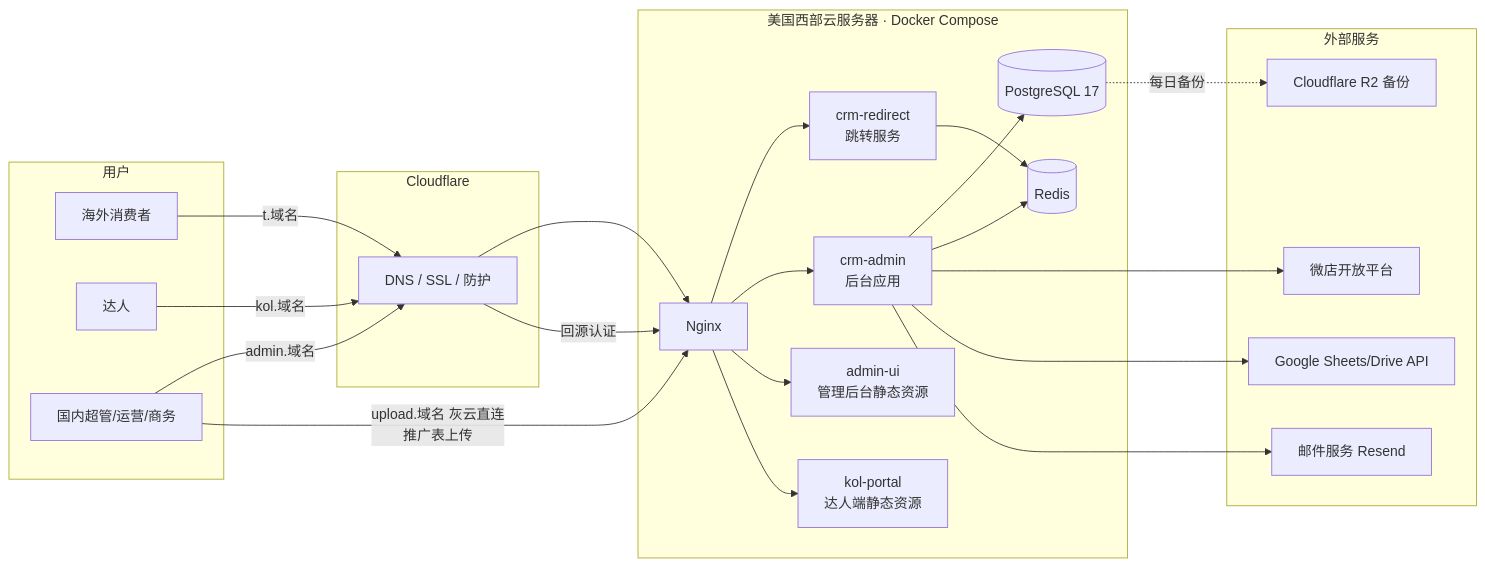
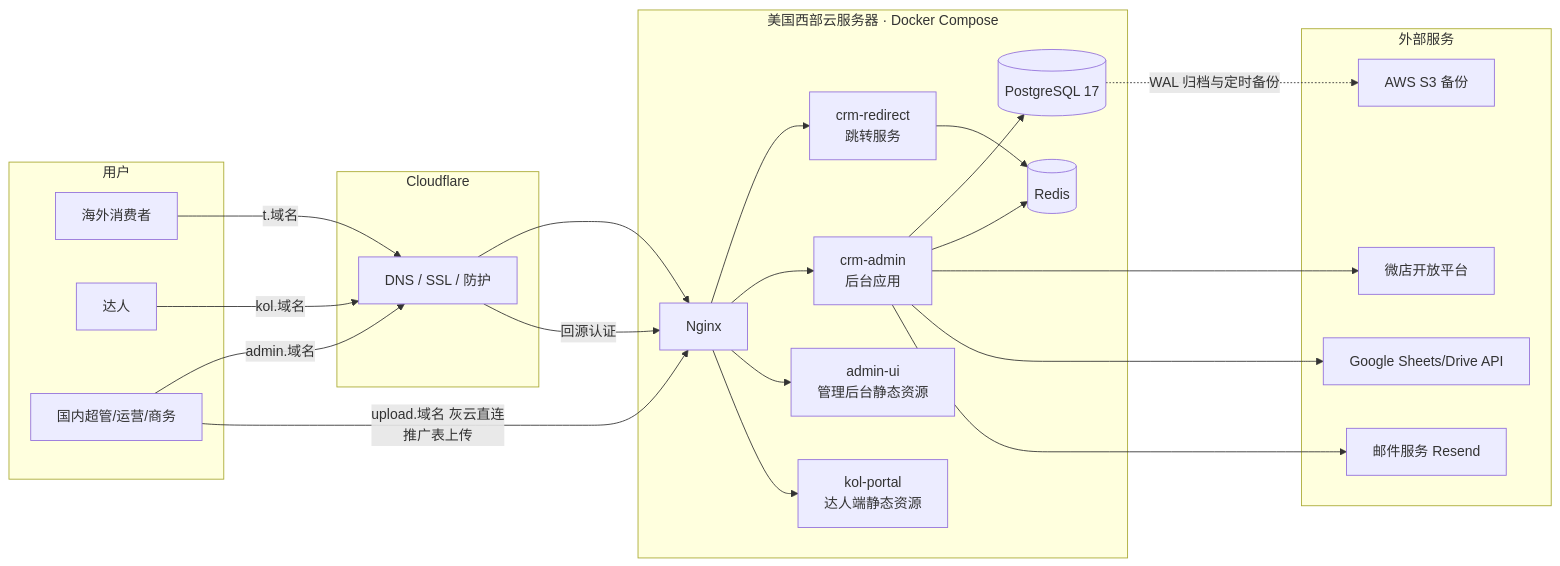
The first of 6 diagrams in docs/03-设计/系统详细设计说明书.md (ksws00684315/t-crm), drawn with Mermaid before and after one commit. The commit also changed other lines of this file and 11 other files, not shown here.

````diff
--- a/docs/03-设计/系统详细设计说明书.md
+++ b/docs/03-设计/系统详细设计说明书.md
@@ -135,41 +135,41 @@
 ```mermaid
 flowchart LR
   subgraph 用户
     C[海外消费者]
     K[达人]
     O[国内超管/运营/商务]
   end
   subgraph Cloudflare
     CF[DNS / SSL / 防护]
   end
   subgraph 美国西部服务器[美国西部云服务器 · Docker Compose]
     NG[Nginx]
     RD[crm-redirect<br/>跳转服务]
     APP[crm-admin<br/>后台应用]
     FE1[admin-ui<br/>管理后台静态资源]
     FE2[kol-portal<br/>达人端静态资源]
     MY[(PostgreSQL 17)]
     RS[(Redis)]
   end
   subgraph 外部服务
     WD[微店开放平台]
     GG[Google Sheets/Drive API]
     EM[邮件服务 Resend]
-    R2[Cloudflare R2 备份]
+    S3[AWS S3 备份]
   end
   C -->|t.域名| CF --> NG --> RD
   K -->|kol.域名| CF
   O -->|admin.域名| CF
   O -->|upload.域名 灰云直连<br/>推广表上传| NG
   CF -->|回源认证| NG
   NG --> APP
   NG --> FE1
   NG --> FE2
   RD --> RS
   APP --> MY
   APP --> RS
   APP --> WD
   APP --> GG
   APP --> EM
-  MY -.每日备份.-> R2
+  MY -.WAL 归档与定时备份.-> S3
 ```
````
